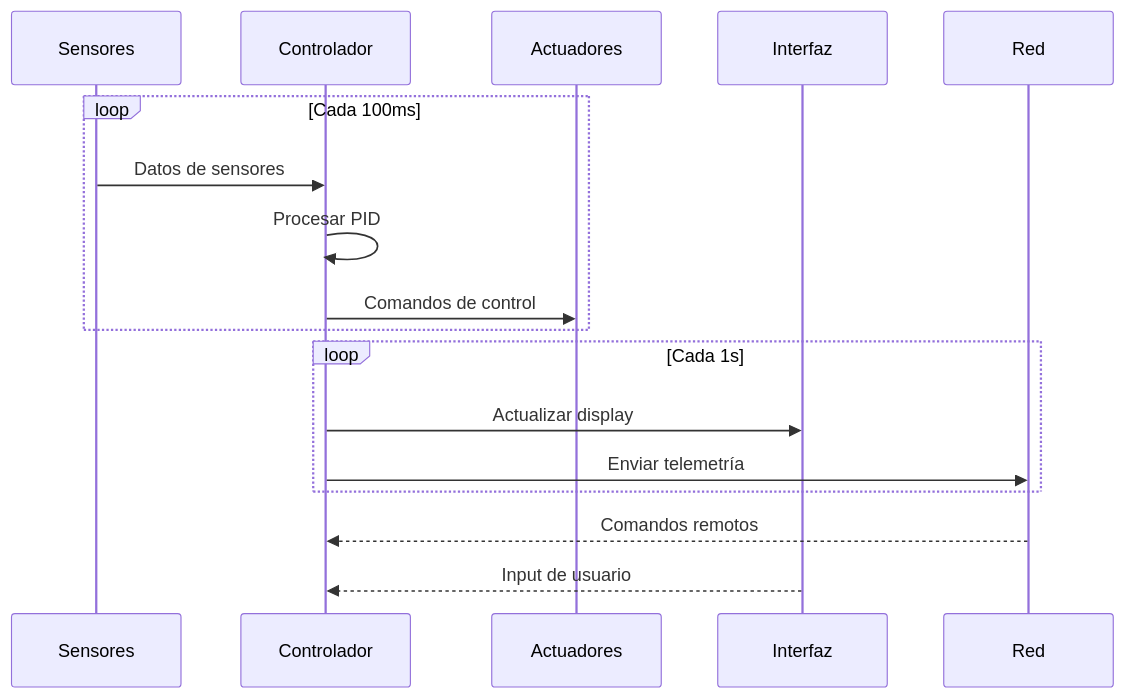
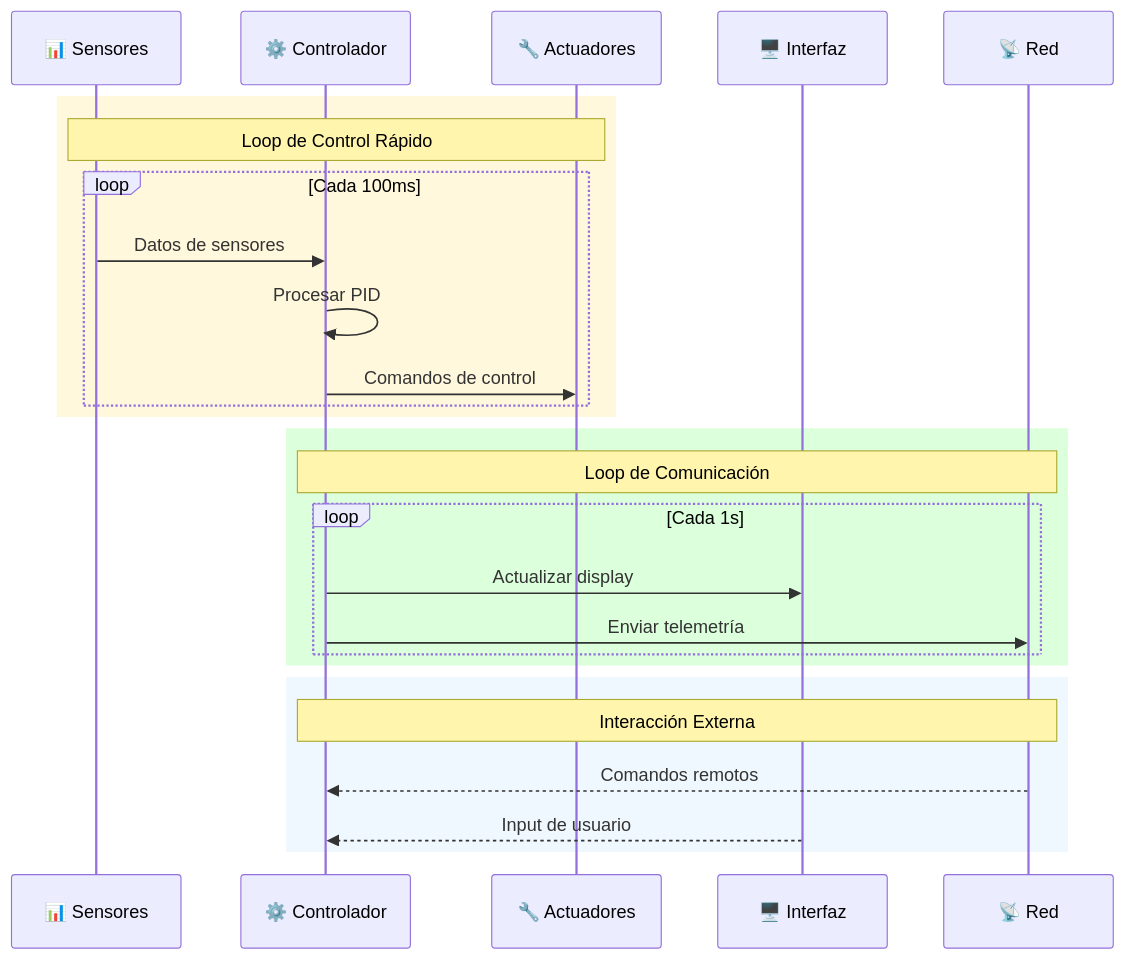
The second of 3 diagrams in docs/docs/architecture/overview.md (medicalopenworld/IncuNest-Docs), drawn with Mermaid before and after one commit. The commit also changed other lines of this file and 11 other files, not shown here.

Commit message:
Update Spanish documentation diagrams to beautiful mermaid style

````diff
--- a/docs/docs/architecture/overview.md
+++ b/docs/docs/architecture/overview.md
@@ -126,22 +146,31 @@
 ```mermaid
 sequenceDiagram
-    participant S as Sensores
-    participant C as Controlador
-    participant A as Actuadores
-    participant UI as Interfaz
-    participant N as Red
+    participant S as 📊 Sensores
+    participant C as ⚙️ Controlador
+    participant A as 🔧 Actuadores
+    participant UI as 🖥️ Interfaz
+    participant N as 📡 Red
     
-    loop Cada 100ms
-        S->>C: Datos de sensores
-        C->>C: Procesar PID
-        C->>A: Comandos de control
+    rect rgb(255, 248, 220)
+        Note over S,A: Loop de Control Rápido
+        loop Cada 100ms
+            S->>C: Datos de sensores
+            C->>C: Procesar PID
+            C->>A: Comandos de control
+        end
     end
     
-    loop Cada 1s
-        C->>UI: Actualizar display
-        C->>N: Enviar telemetría
+    rect rgb(220, 255, 220)
+        Note over C,N: Loop de Comunicación
+        loop Cada 1s
+            C->>UI: Actualizar display
+            C->>N: Enviar telemetría
+        end
     end
     
-    N-->>C: Comandos remotos
-    UI-->>C: Input de usuario
+    rect rgb(240, 248, 255)
+        Note over N,C: Interacción Externa
+        N-->>C: Comandos remotos
+        UI-->>C: Input de usuario
+    end
 ```
````
